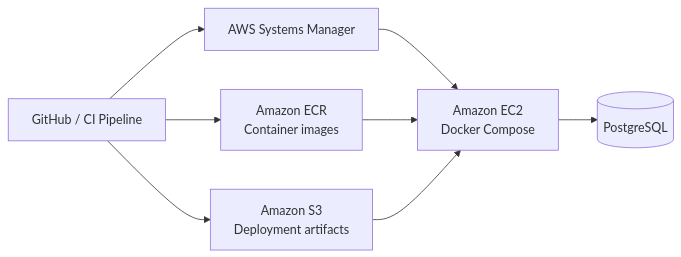
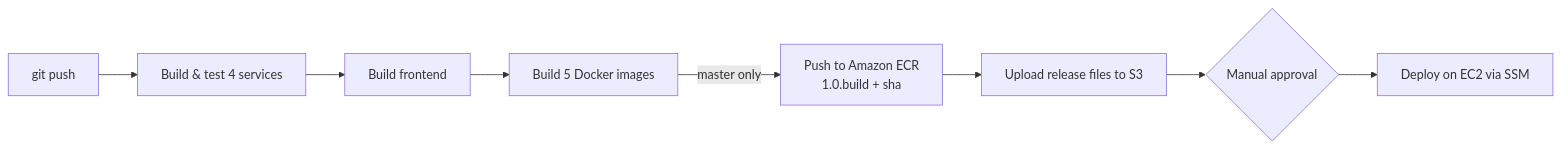
The third of 3 diagrams in README.md (Noor-Shafeeq-Ashoor/updated-waslah), drawn with Mermaid before and after one commit. The commit also changed other lines of this file and 20 other files, not shown here.

Commit message:
docs: final README, ERD per service, plan, user stories

````diff
--- a/README.md
+++ b/README.md
@@ -306,10 +242,10 @@
 ```mermaid
 flowchart LR
-    GH[GitHub / CI Pipeline] --> ECR[Amazon ECR\nContainer images]
-    GH --> S3[Amazon S3\nDeployment artifacts]
-    GH --> SSM[AWS Systems Manager]
-    SSM --> EC2[Amazon EC2\nDocker Compose]
-    ECR --> EC2
-    S3 --> EC2
-    EC2 --> DB[(PostgreSQL)]
+    P[git push] --> T[Build & test 4 services]
+    T --> F[Build frontend]
+    F --> D[Build 5 Docker images]
+    D -->|master only| E[Push to Amazon ECR\n1.0.build + sha]
+    E --> S[Upload release files to S3]
+    S --> A{Manual approval}
+    A --> Y[Deploy on EC2 via SSM]
 ```
````
